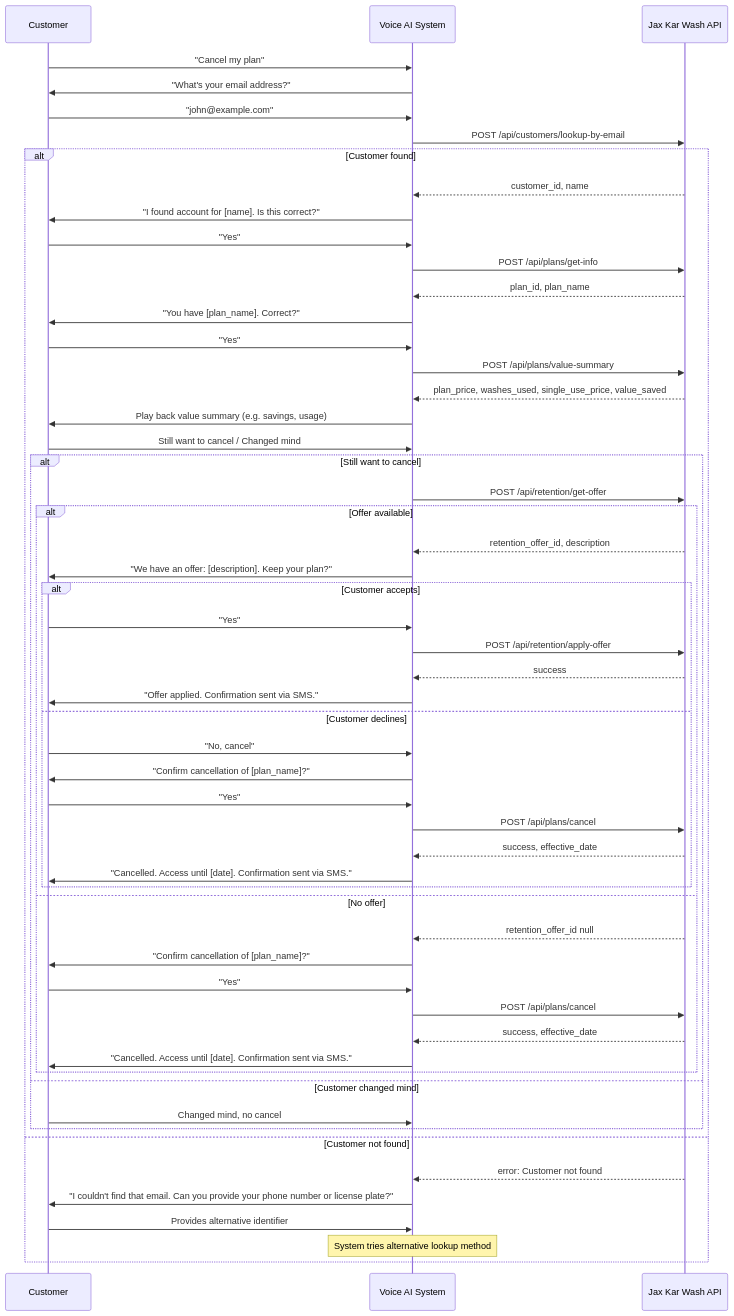
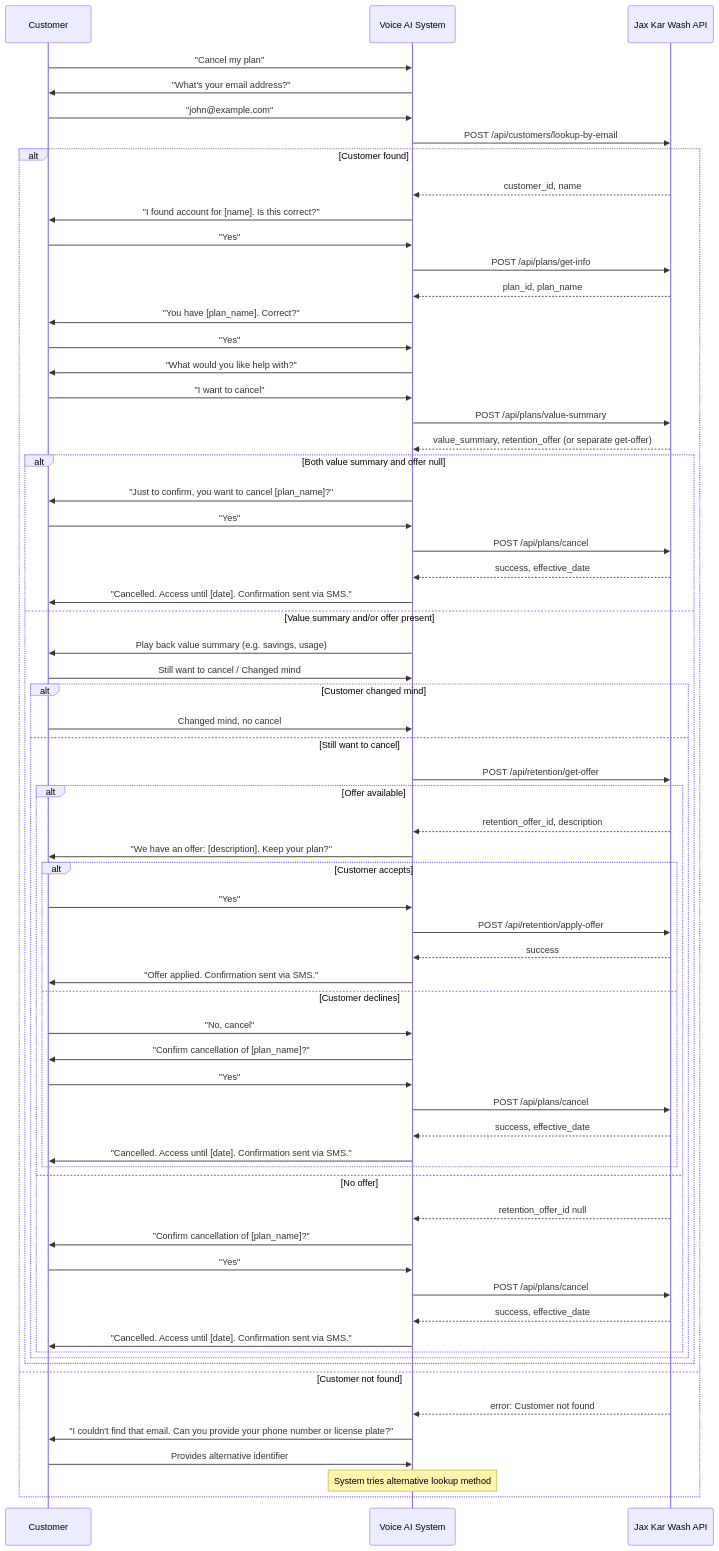
Before and after one commit to HelloWash/Public: the sixth of 11 diagrams in Jax-Kar-Wash-API-Integration–Discussion-Document.md, drawn with Mermaid. The commit also changed other lines of this file, not shown here.

First line of the commit message:
Refine cancellation flow with value summary and offers

````diff
--- a/Jax-Kar-Wash-API-Integration–Discussion-Document.md
+++ b/Jax-Kar-Wash-API-Integration–Discussion-Document.md
@@ -731,58 +791,68 @@
 ```mermaid
 sequenceDiagram
     participant Customer
     participant System as Voice AI System
     participant API as Jax Kar Wash API
 
     Customer->>System: "Cancel my plan"
     System->>Customer: "What's your email address?"
     Customer->>System: "john@example.com"
     System->>API: POST /api/customers/lookup-by-email
     alt Customer found
         API-->>System: customer_id, name
         System->>Customer: "I found account for [name]. Is this correct?"
         Customer->>System: "Yes"
         System->>API: POST /api/plans/get-info
         API-->>System: plan_id, plan_name
         System->>Customer: "You have [plan_name]. Correct?"
         Customer->>System: "Yes"
+        System->>Customer: "What would you like help with?"
+        Customer->>System: "I want to cancel"
         System->>API: POST /api/plans/value-summary
-        API-->>System: plan_price, washes_used, single_use_price, value_saved
-        System->>Customer: Play back value summary (e.g. savings, usage)
-        Customer->>System: Still want to cancel / Changed mind
-        alt Still want to cancel
-        System->>API: POST /api/retention/get-offer
-        alt Offer available
-            API-->>System: retention_offer_id, description
-            System->>Customer: "We have an offer: [description]. Keep your plan?"
-            alt Customer accepts
-                Customer->>System: "Yes"
-                System->>API: POST /api/retention/apply-offer
-                API-->>System: success
-                System->>Customer: "Offer applied. Confirmation sent via SMS."
-            else Customer declines
-                Customer->>System: "No, cancel"
-                System->>Customer: "Confirm cancellation of [plan_name]?"
-                Customer->>System: "Yes"
-                System->>API: POST /api/plans/cancel
-                API-->>System: success, effective_date
-                System->>Customer: "Cancelled. Access until [date]. Confirmation sent via SMS."
-            end
-        else No offer
-            API-->>System: retention_offer_id null
-            System->>Customer: "Confirm cancellation of [plan_name]?"
+        API-->>System: value_summary, retention_offer (or separate get-offer)
+        alt Both value summary and offer null
+            System->>Customer: "Just to confirm, you want to cancel [plan_name]?"
             Customer->>System: "Yes"
             System->>API: POST /api/plans/cancel
             API-->>System: success, effective_date
             System->>Customer: "Cancelled. Access until [date]. Confirmation sent via SMS."
-        end
-        else Customer changed mind
-            Customer->>System: Changed mind, no cancel
+        else Value summary and/or offer present
+            System->>Customer: Play back value summary (e.g. savings, usage)
+            Customer->>System: Still want to cancel / Changed mind
+            alt Customer changed mind
+                Customer->>System: Changed mind, no cancel
+            else Still want to cancel
+                System->>API: POST /api/retention/get-offer
+                alt Offer available
+                    API-->>System: retention_offer_id, description
+                    System->>Customer: "We have an offer: [description]. Keep your plan?"
+                    alt Customer accepts
+                        Customer->>System: "Yes"
+                        System->>API: POST /api/retention/apply-offer
+                        API-->>System: success
+                        System->>Customer: "Offer applied. Confirmation sent via SMS."
+                    else Customer declines
+                        Customer->>System: "No, cancel"
+                        System->>Customer: "Confirm cancellation of [plan_name]?"
+                        Customer->>System: "Yes"
+                        System->>API: POST /api/plans/cancel
+                        API-->>System: success, effective_date
+                        System->>Customer: "Cancelled. Access until [date]. Confirmation sent via SMS."
+                    end
+                else No offer
+                    API-->>System: retention_offer_id null
+                    System->>Customer: "Confirm cancellation of [plan_name]?"
+                    Customer->>System: "Yes"
+                    System->>API: POST /api/plans/cancel
+                    API-->>System: success, effective_date
+                    System->>Customer: "Cancelled. Access until [date]. Confirmation sent via SMS."
+                end
+            end
         end
     else Customer not found
         API-->>System: error: Customer not found
         System->>Customer: "I couldn't find that email. Can you provide your phone number or license plate?"
         Customer->>System: Provides alternative identifier
         Note over System: System tries alternative lookup method
     end
 ```
````
